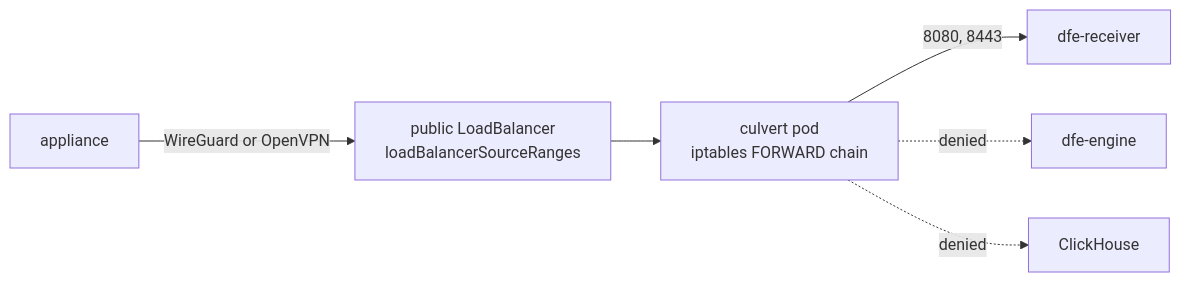
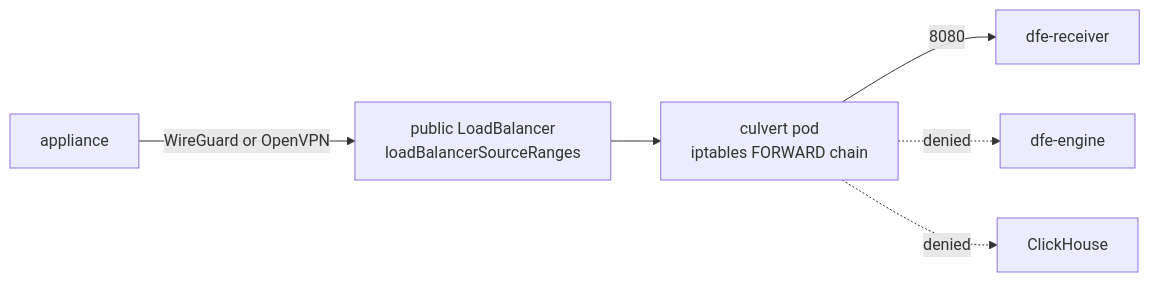
Before and after one commit to hyperi-io/dfe-infra: the diagram in docs/deployment/edge-vpn.md, drawn with Mermaid. The commit also changed 26 other files, not shown here.

````diff
--- a/docs/deployment/edge-vpn.md
+++ b/docs/deployment/edge-vpn.md
@@ -94,8 +94,8 @@
 ```mermaid
 flowchart LR
     A[appliance] -->|WireGuard or OpenVPN| LB[public LoadBalancer<br/>loadBalancerSourceRanges]
     LB --> C[culvert pod<br/>iptables FORWARD chain]
-    C -->|8080, 8443| R[dfe-receiver]
+    C -->|8080| R[dfe-receiver]
     C -.->|denied| E[dfe-engine]
     C -.->|denied| CH[ClickHouse]
 ```
````
